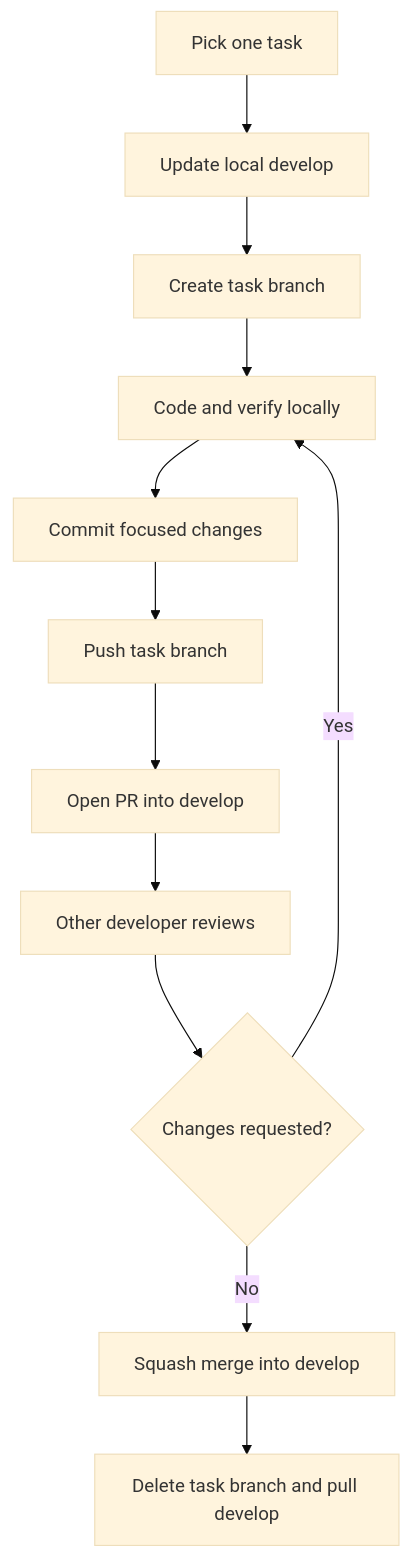
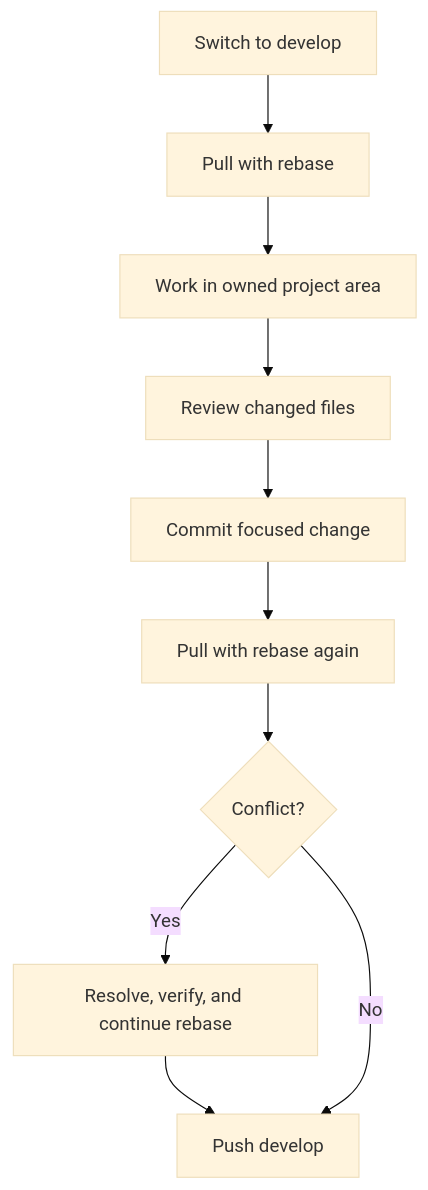
Before and after one commit to Pawankshetri11/Ordino: the second of 5 diagrams in docs/TEAM_DEVELOPMENT_GUIDE.md, drawn with Mermaid (base theme). The commit also changed other lines of this file and 2 other files, not shown here.

Commit message:
docs: adopt three-branch team workflow

````diff
--- a/docs/TEAM_DEVELOPMENT_GUIDE.md
+++ b/docs/TEAM_DEVELOPMENT_GUIDE.md
@@ -189,14 +160,12 @@
 ```mermaid
 flowchart TD
-    A[Pick one task] --> B[Update local develop]
-    B --> C[Create task branch]
-    C --> D[Code and verify locally]
-    D --> E[Commit focused changes]
-    E --> F[Push task branch]
-    F --> G[Open PR into develop]
-    G --> H[Other developer reviews]
-    H --> I{Changes requested?}
-    I -->|Yes| D
-    I -->|No| J[Squash merge into develop]
-    J --> K[Delete task branch and pull develop]
+    A[Switch to develop] --> B[Pull with rebase]
+    B --> C[Work in owned project area]
+    C --> D[Review changed files]
+    D --> E[Commit focused change]
+    E --> F[Pull with rebase again]
+    F --> G{Conflict?}
+    G -->|Yes| H[Resolve, verify, and continue rebase]
+    H --> I[Push develop]
+    G -->|No| I
 ```
````
